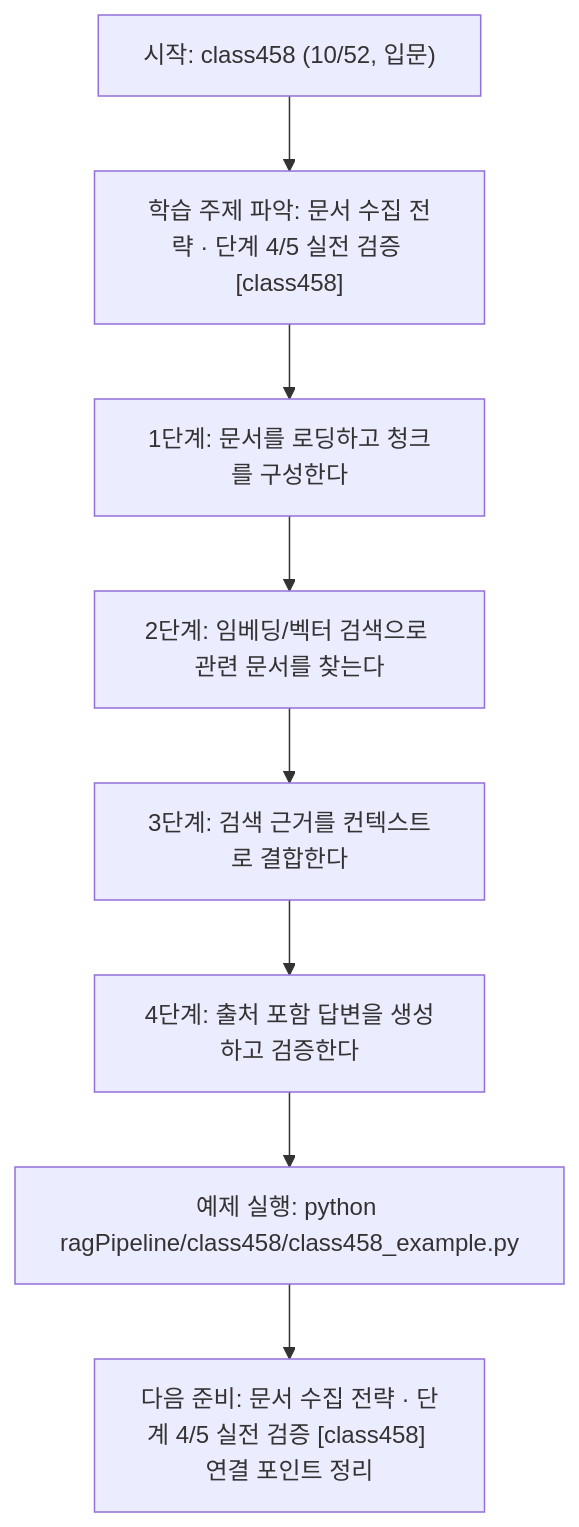
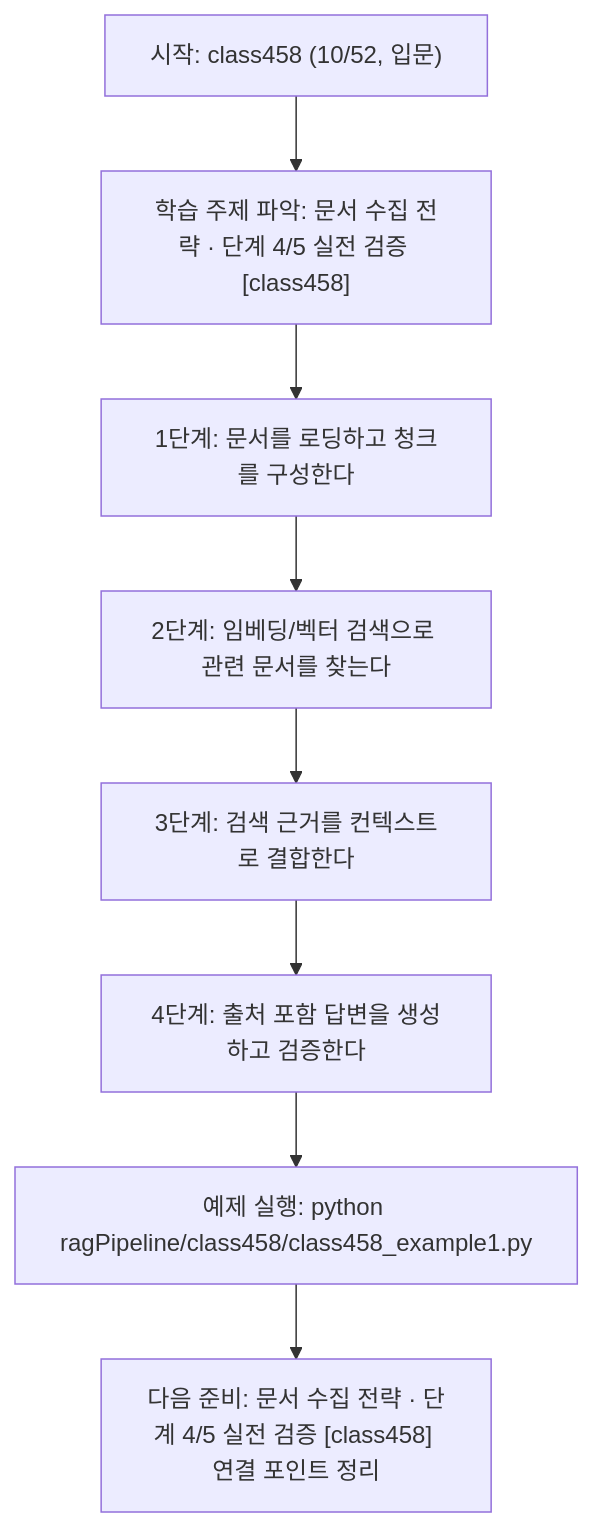
The diagram in ragPipeline/class458/class458.md (edumgt/Python-AI_Agent-Class), drawn with Mermaid before and after one commit. The commit also changed other lines of this file and 2959 other files, not shown here.

````diff
--- a/ragPipeline/class458/class458.md
+++ b/ragPipeline/class458/class458.md
@@ -111,18 +111,18 @@
 ```mermaid
 flowchart TD
 N1["시작: class458 (10/52, 입문)"]
 N2["학습 주제 파악: 문서 수집 전략 · 단계 4/5 실전 검증 [class458]"]
 N3["1단계: 문서를 로딩하고 청크를 구성한다"]
 N4["2단계: 임베딩/벡터 검색으로 관련 문서를 찾는다"]
 N5["3단계: 검색 근거를 컨텍스트로 결합한다"]
 N6["4단계: 출처 포함 답변을 생성하고 검증한다"]
-N7["예제 실행: python ragPipeline/class458/class458_example.py"]
+N7["예제 실행: python ragPipeline/class458/class458_example1.py"]
 N8["다음 준비: 문서 수집 전략 · 단계 4/5 실전 검증 [class458] 연결 포인트 정리"]
 N1 --> N2
 N2 --> N3
 N3 --> N4
 N4 --> N5
 N5 --> N6
 N6 --> N7
 N7 --> N8
 ```
````
